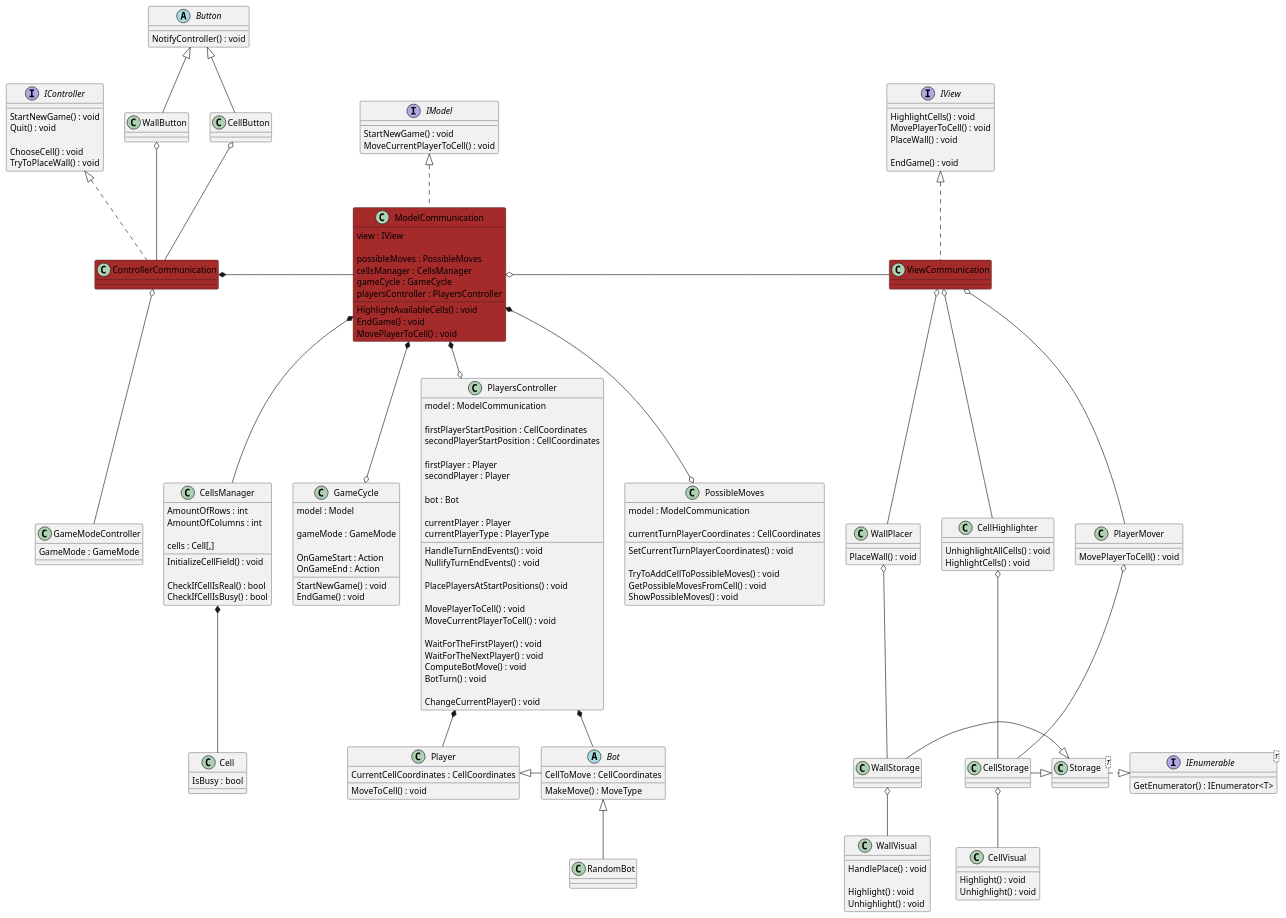
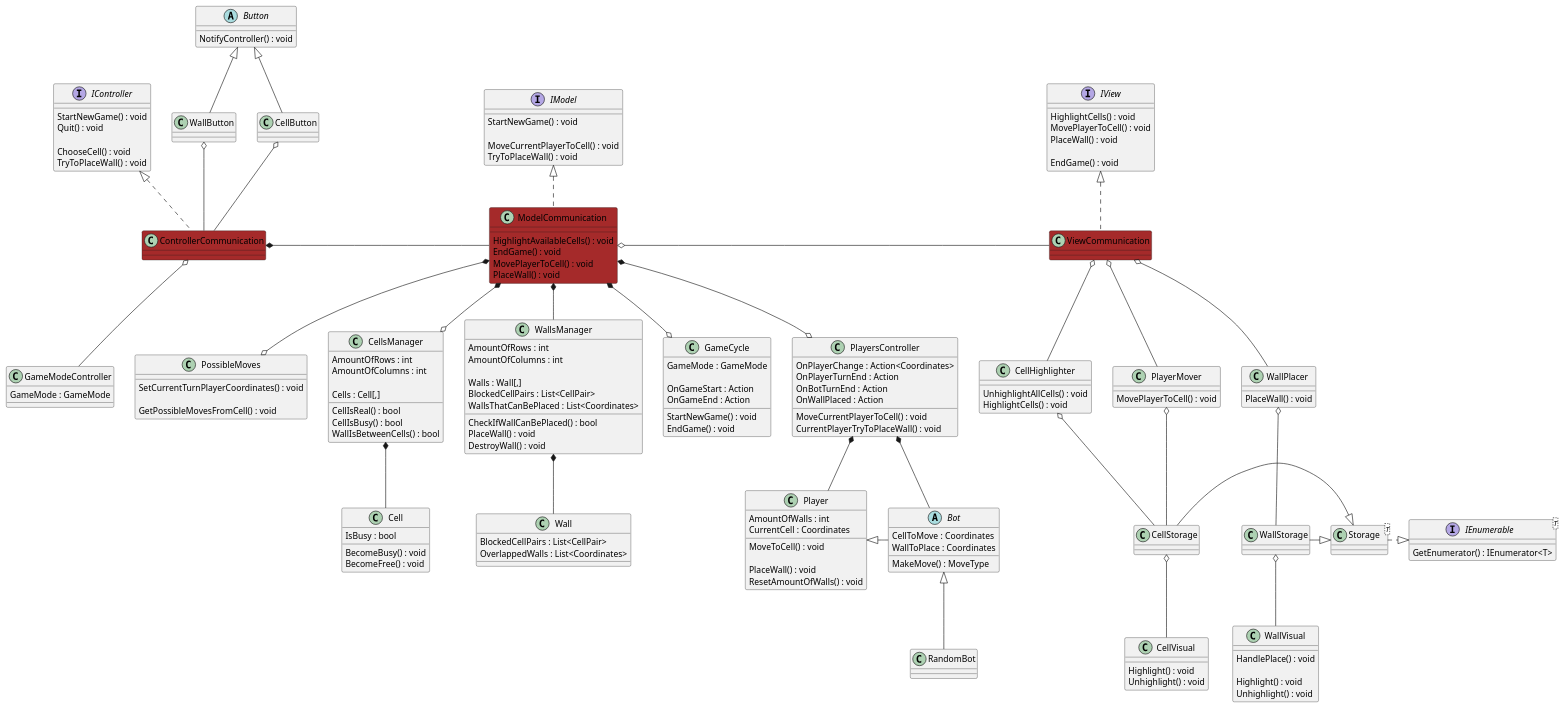
One commit to snyk04/quoridor changed the diagram in Quoridor/Assets/Diagrams/diagram.puml. Above: the diagram before and after it, drawn with PlantUML. The commit also changed 27 other files, not shown here.

```diff
--- a/Quoridor/Assets/Diagrams/diagram.puml
+++ b/Quoridor/Assets/Diagrams/diagram.puml
@@ -5,43 +5,57 @@
 interface IModel
 {
     StartNewGame() : void
+    
     MoveCurrentPlayerToCell() : void
+    TryToPlaceWall() : void
 }
 class ModelCommunication #brown
 {
-    view : IView 
-
-    possibleMoves : PossibleMoves
-    cellsManager : CellsManager
-    gameCycle : GameCycle
-    playersController : PlayersController
-    
     HighlightAvailableCells() : void
     EndGame() : void
     MovePlayerToCell() : void
+    PlaceWall() : void
 }
 
 class Cell
 {
     IsBusy : bool
+    
+    BecomeBusy() : void
+    BecomeFree() : void
+}
+class Wall
+{
+    BlockedCellPairs : List<CellPair>
+    OverlappedWalls : List<Coordinates>
 }
 class CellsManager
 {
     AmountOfRows : int
     AmountOfColumns : int
     
-    cells : Cell[,]
+    Cells : Cell[,]
+       
+    CellIsReal() : bool
+    CellIsBusy() : bool
+    WallIsBetweenCells() : bool
+}
+class WallsManager
+{
+    AmountOfRows : int
+    AmountOfColumns : int
     
-    InitializeCellField() : void
+    Walls : Wall[,]
+    BlockedCellPairs : List<CellPair>
+    WallsThatCanBePlaced : List<Coordinates>
     
-    CheckIfCellIsReal() : bool
-    CheckIfCellIsBusy() : bool
+    CheckIfWallCanBePlaced() : bool
+    PlaceWall() : void
+    DestroyWall() : void
 }
 class GameCycle
 {
-    model : Model
-
-    gameMode : GameMode
+    GameMode : GameMode
     
     OnGameStart : Action
     OnGameEnd : Action
@@ -51,57 +65,35 @@
 }
 class PlayersController
 {
-    model : ModelCommunication
+    OnPlayerChange : Action<Coordinates>
+    OnPlayerTurnEnd : Action
+    OnBotTurnEnd : Action
+    OnWallPlaced : Action
     
-    firstPlayerStartPosition : CellCoordinates
-    secondPlayerStartPosition : CellCoordinates
-
-    firstPlayer : Player
-    secondPlayer : Player
-    
-    bot : Bot   
-    
-    currentPlayer : Player
-    currentPlayerType : PlayerType
-    
-    HandleTurnEndEvents() : void
-    NullifyTurnEndEvents() : void
-    
-    PlacePlayersAtStartPositions() : void
-    
-    MovePlayerToCell() : void
     MoveCurrentPlayerToCell() : void
-    
-    WaitForTheFirstPlayer() : void
-    WaitForTheNextPlayer() : void
-        
-    ComputeBotMove() : void
-    BotTurn() : void
-    
-    ChangeCurrentPlayer() : void
+    CurrentPlayerTryToPlaceWall() : void
 }
 class PossibleMoves
 {
-    model : ModelCommunication
-    
-    currentTurnPlayerCoordinates : CellCoordinates
-    
     SetCurrentTurnPlayerCoordinates() : void
     
-    TryToAddCellToPossibleMoves() : void
     GetPossibleMovesFromCell() : void
-    ShowPossibleMoves() : void
 }
 
 class Player
 {
-    CurrentCellCoordinates : CellCoordinates
+    AmountOfWalls : int
+    CurrentCell : Coordinates
     
     MoveToCell() : void
+    
+    PlaceWall() : void
+    ResetAmountOfWalls() : void
 }
 abstract class Bot
 {
-    CellToMove : CellCoordinates
+    CellToMove : Coordinates
+    WallToPlace : Coordinates
     
     MakeMove() : MoveType
 }
@@ -112,11 +104,13 @@
 ModelCommunication o- ViewCommunication
 
 ModelCommunication *--o PossibleMoves
-ModelCommunication *-- CellsManager
+ModelCommunication *--o CellsManager
+ModelCommunication *-- WallsManager
 ModelCommunication *--o GameCycle
 ModelCommunication *--o PlayersController
 
 CellsManager *-- Cell
+WallsManager *-- Wall
 
 PlayersController *-- Player
 PlayersController *-- Bot
```
